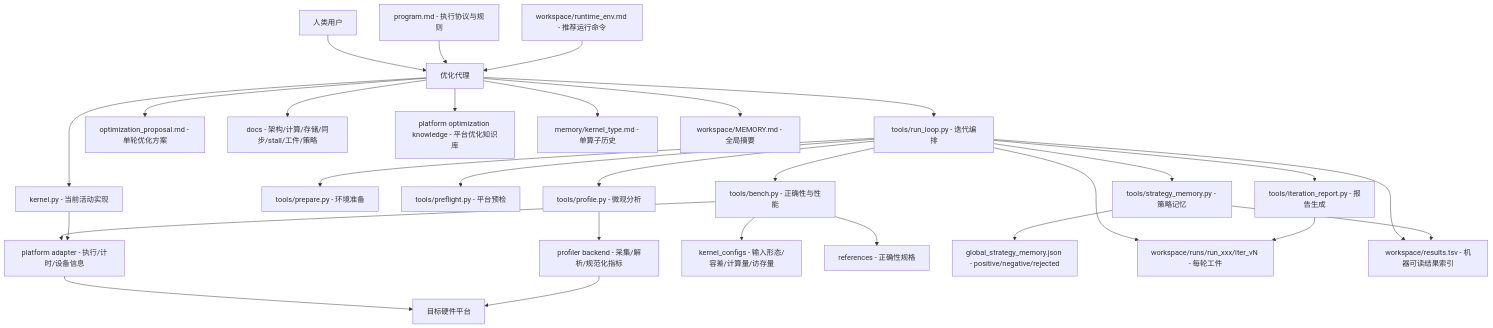
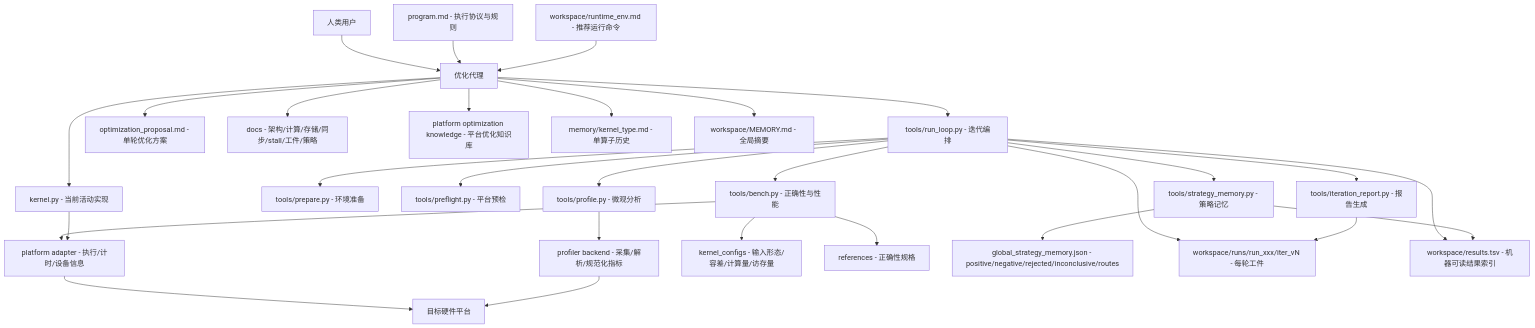
One commit to ExtremeWY/kernel_opt_agent changed the first of 2 diagrams in custom_platform/docs/auto_optimization_framework_guide.md. Above: the diagram before and after it, drawn with Mermaid. The commit also changed other lines of this file and 13 other files, not shown here.

Commit message:
feat(custom_platform): port architecture route workflow

````diff
--- a/custom_platform/docs/auto_optimization_framework_guide.md
+++ b/custom_platform/docs/auto_optimization_framework_guide.md
@@ -60,37 +60,37 @@
 ```mermaid
 flowchart TB
     User["人类用户"] --> Agent["优化代理"]
     Program["program.md - 执行协议与规则"] --> Agent
     Runtime["workspace/runtime_env.md - 推荐运行命令"] --> Agent
 
     Agent --> RunLoop["tools/run_loop.py - 迭代编排"]
     Agent --> Proposal["optimization_proposal.md - 单轮优化方案"]
     Agent --> KernelActive["kernel.py - 当前活动实现"]
 
     RunLoop --> Prepare["tools/prepare.py - 环境准备"]
     RunLoop --> Preflight["tools/preflight.py - 平台预检"]
     RunLoop --> Bench["tools/bench.py - 正确性与性能"]
     RunLoop --> Profile["tools/profile.py - 微观分析"]
     RunLoop --> StrategyTool["tools/strategy_memory.py - 策略记忆"]
     RunLoop --> Reports["tools/iteration_report.py - 报告生成"]
 
     Bench --> PlatformAdapter["platform adapter - 执行/计时/设备信息"]
     Profile --> ProfilerBackend["profiler backend - 采集/解析/规范化指标"]
     PlatformAdapter --> Hardware["目标硬件平台"]
     ProfilerBackend --> Hardware
 
     Bench --> Configs["kernel_configs - 输入形态/容差/计算量/访存量"]
     Bench --> References["references - 正确性规格"]
     KernelActive --> PlatformAdapter
 
     Agent --> Docs["docs - 架构/计算/存储/同步/stall/工件/策略"]
     Agent --> PlatformKnowledge["platform optimization knowledge - 平台优化知识库"]
     Agent --> KernelMemory["memory/kernel_type.md - 单算子历史"]
     Agent --> GlobalMemory["workspace/MEMORY.md - 全局摘要"]
-    StrategyTool --> StrategyMemory["global_strategy_memory.json - positive/negative/rejected"]
+    StrategyTool --> StrategyMemory["global_strategy_memory.json - positive/negative/rejected/inconclusive/routes"]
 
     RunLoop --> Artifacts["workspace/runs/run_xxx/iter_vN - 每轮工件"]
     RunLoop --> Results["workspace/results.tsv - 机器可读结果索引"]
     Reports --> Artifacts
     StrategyTool --> Results
 ```
````
